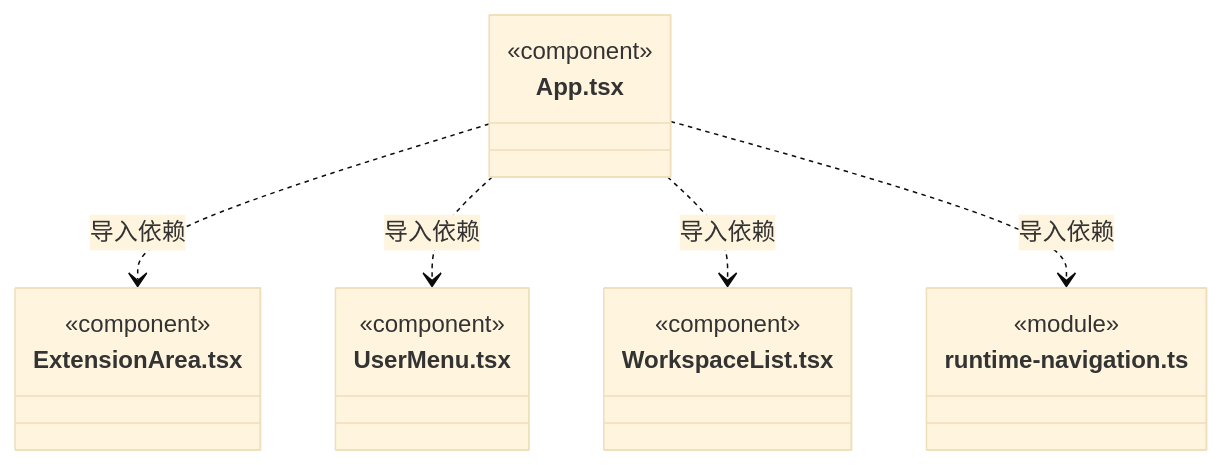
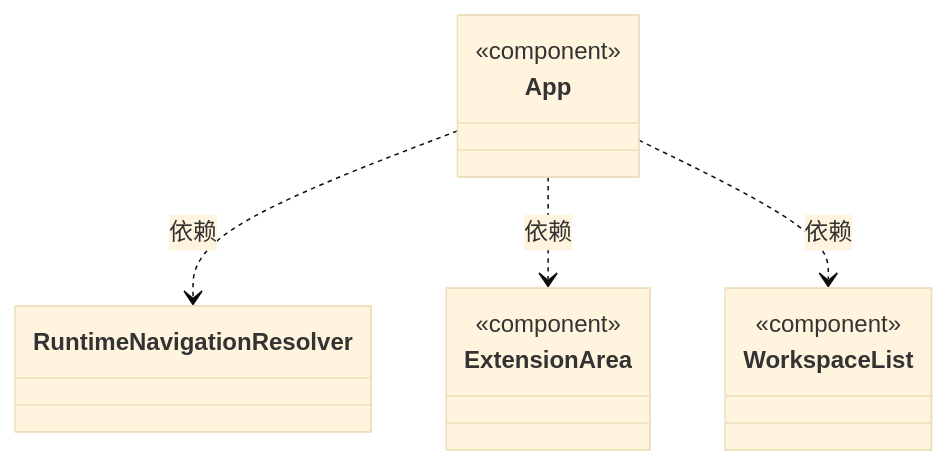
The diagram in src/view/shell/ARCHITECTURE.md (nan023062/cbim), drawn with Mermaid (base theme) before and after one commit. The commit also changed other lines of this file and 158 other files, not shown here.

Commit message:
docs: model architecture through nested virtual encapsulations

````diff
--- a/src/view/shell/ARCHITECTURE.md
+++ b/src/view/shell/ARCHITECTURE.md
@@ -371,22 +22,20 @@
 ```mermaid
 classDiagram
-class N_src_view_shell_App_tsx["App.tsx"] {
+class N_4b72d63fde7a["App"] {
   <<component>>
 }
-class N_src_view_shell_ExtensionArea_tsx["ExtensionArea.tsx"] {
+click N_4b72d63fde7a href "App.tsx"
+class N_b8ce51767379["RuntimeNavigationResolver"]
+click N_b8ce51767379 href "runtime-navigation.ts"
+class N_1a4ab5ab5371["ExtensionArea"] {
   <<component>>
 }
-class N_src_view_shell_UserMenu_tsx["UserMenu.tsx"] {
+click N_1a4ab5ab5371 href "ExtensionArea.tsx"
+class N_14f4272b0b1b["WorkspaceList"] {
   <<component>>
 }
-class N_src_view_shell_WorkspaceList_tsx["WorkspaceList.tsx"] {
-  <<component>>
-}
-class N_src_view_shell_runtime_navigation_ts["runtime-navigation.ts"] {
-  <<module>>
-}
-N_src_view_shell_App_tsx ..> N_src_view_shell_ExtensionArea_tsx : 导入依赖
-N_src_view_shell_App_tsx ..> N_src_view_shell_UserMenu_tsx : 导入依赖
-N_src_view_shell_App_tsx ..> N_src_view_shell_WorkspaceList_tsx : 导入依赖
-N_src_view_shell_App_tsx ..> N_src_view_shell_runtime_navigation_ts : 导入依赖
+click N_14f4272b0b1b href "WorkspaceList.tsx"
+N_4b72d63fde7a ..> N_b8ce51767379 : 依赖
+N_4b72d63fde7a ..> N_1a4ab5ab5371 : 依赖
+N_4b72d63fde7a ..> N_14f4272b0b1b : 依赖
 ```
````
